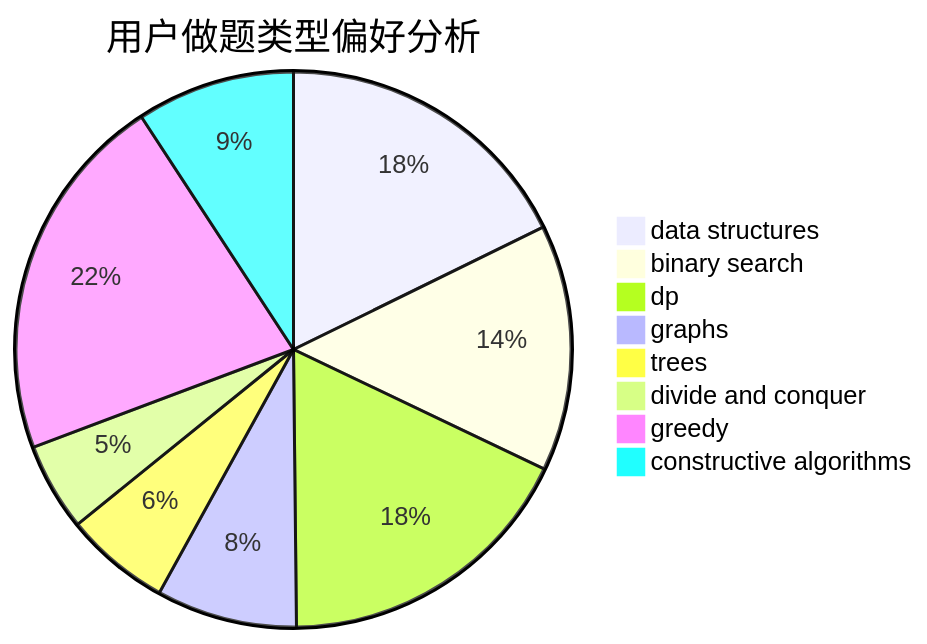
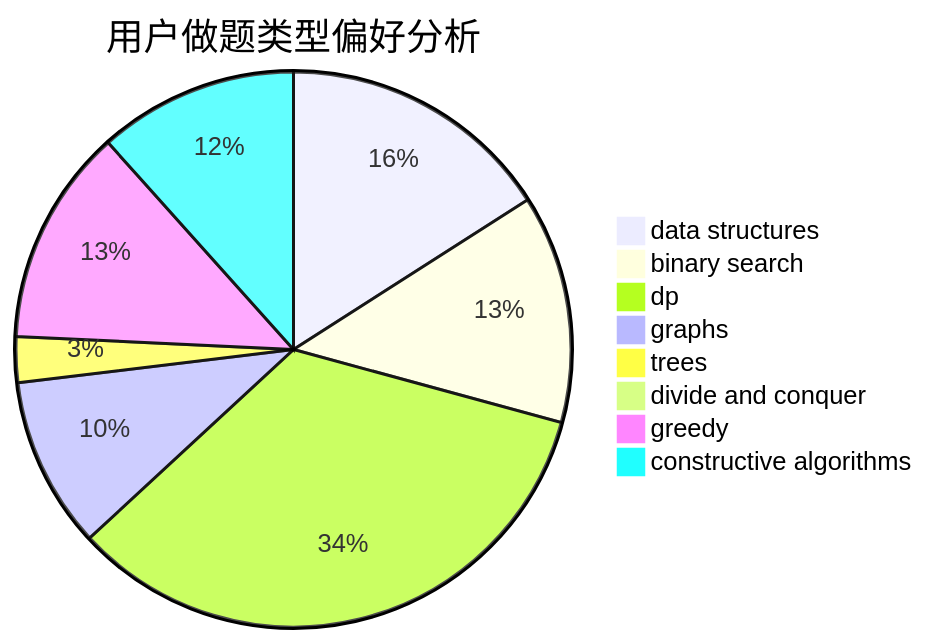
One commit to sherpahu/cfrs.github.io changed the second of 3 diagrams in docs/user/u1388.md. Above: the diagram before and after it, drawn with Mermaid. The commit also changed other lines of this file and 2770 other files, not shown here.

````diff
--- a/docs/user/u1388.md
+++ b/docs/user/u1388.md
@@ -23,11 +23,11 @@
 ```mermaid
 pie title 用户做题类型偏好分析
-    "data structures" :  52
-    "binary search" :  42
-    "dp" :  52
-    "graphs" :  24
-    "trees" :  18
-    "divide and conquer" :  15
-    "greedy" :  63
-    "constructive algorithms" :  27
+    "data structures" :  48
+    "binary search" :  40
+    "dp" :  102
+    "graphs" :  30
+    "trees" :  8
+    "divide and conquer" :  0
+    "greedy" :  38
+    "constructive algorithms" :  35
 ```
````
